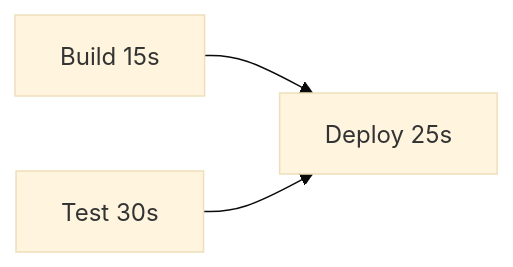
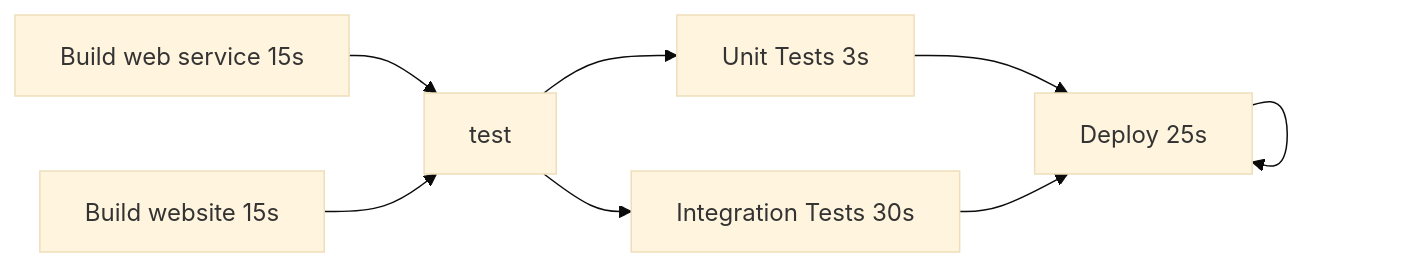
One commit to samsmithnz/ParallelPipelinesDemo changed the second of 2 diagrams in README.md. Above: the diagram before and after it, drawn with Mermaid (base theme). The commit also changed other lines of this file, not shown here.

Commit message:
updated graph

````diff
--- a/README.md
+++ b/README.md
@@ -11,5 +11,8 @@
 ```mermaid
   graph LR;
-      build[Build 15s]-->deploy[Deploy 25s]
-      test[Test 30s]-->deploy[Deploy 25s];
+      buildWeb[Build web service 15s]-->test
+      buildWebService[Build website 15s]-->test;
+      test-->unitTest[Unit Tests 3s]-->deploy;
+      test-->integrationTest[Integration Tests 30s]-->deploy;
+      deploy-->deploy[Deploy 25s];
 ```
````
